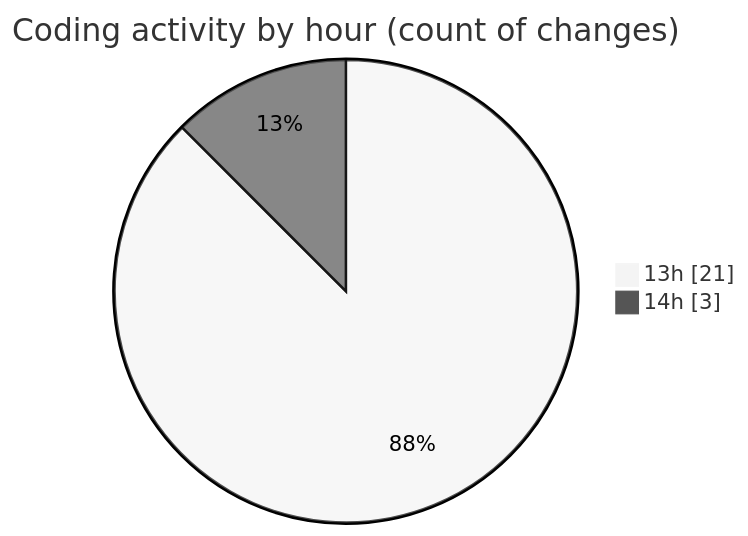
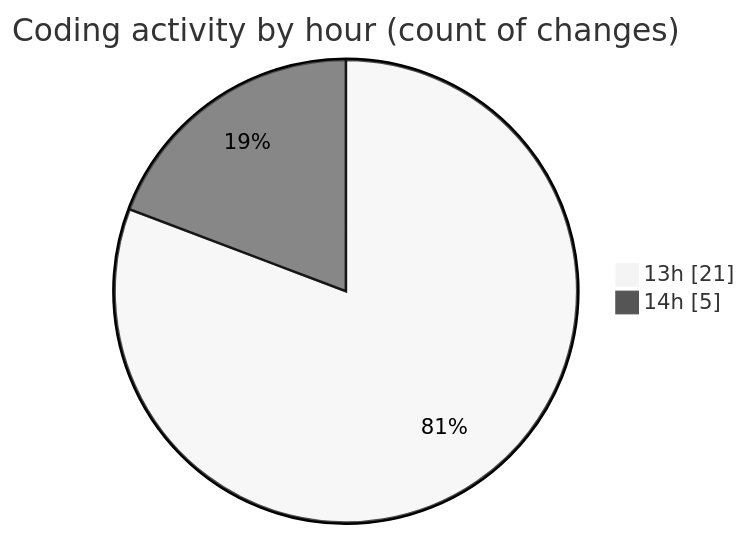
Before and after one commit to Ritupan-Deka/code-tracking: the second of 2 diagrams in 2025-01-26/desktop/README.md, drawn with Mermaid (neutral theme). The commit also changed other lines of this file and 1 other file, not shown here.

````diff
--- a/2025-01-26/desktop/README.md
+++ b/2025-01-26/desktop/README.md
@@ -28,6 +28,6 @@
 ```mermaid
 pie showData
 title Coding activity by hour (count of changes)
 "13h" : 21
-"14h" : 3
+"14h" : 5
 ```
````
